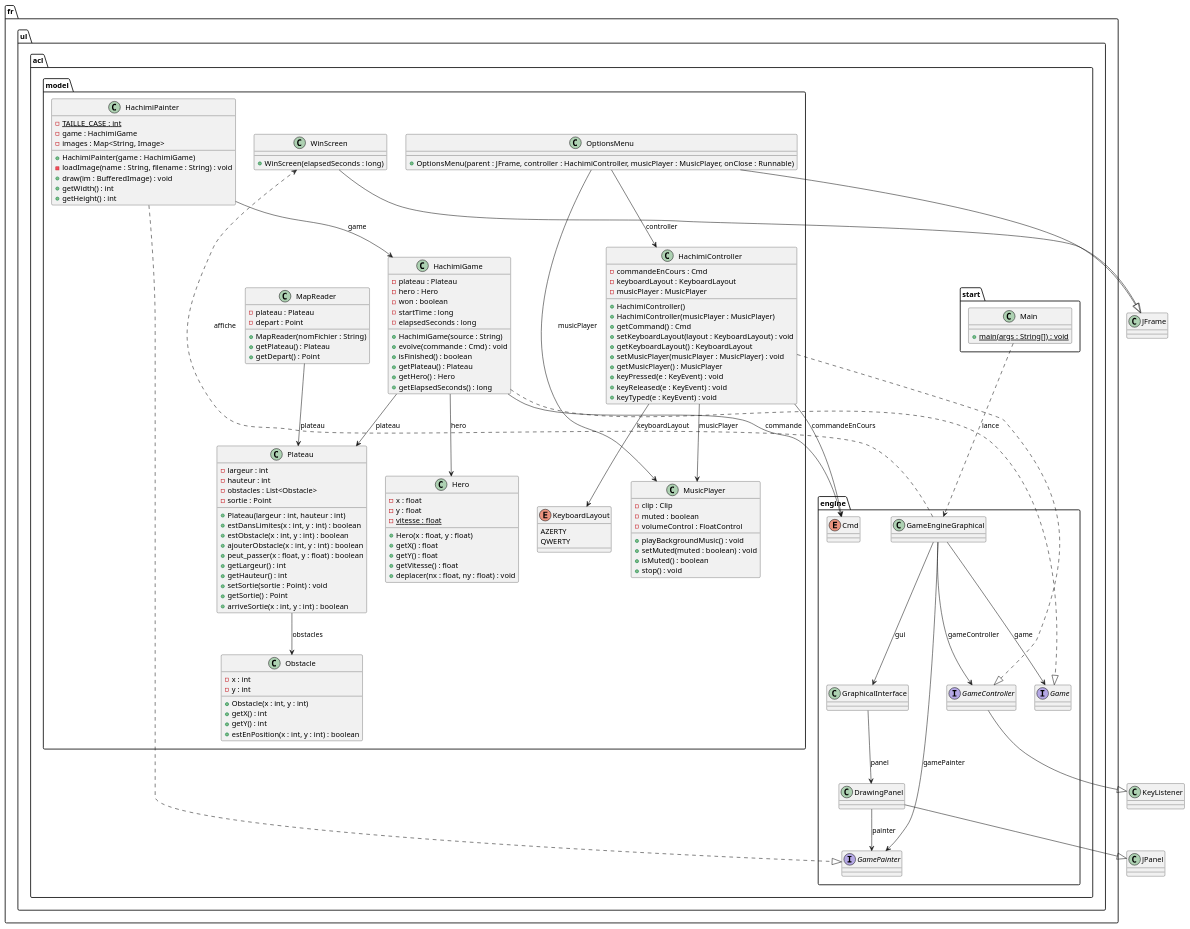
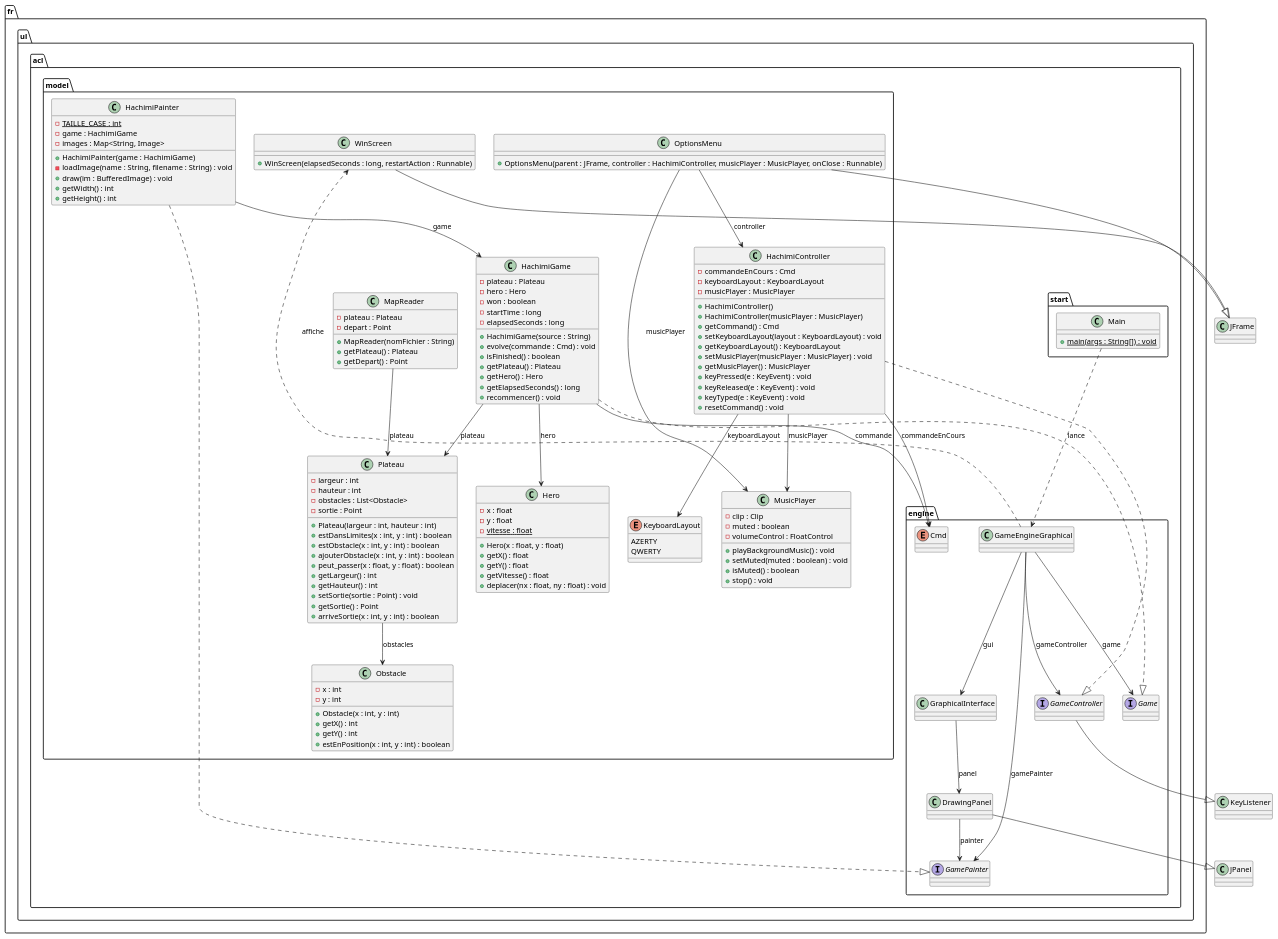
One commit to baraeerriyachy/pacman changed the diagram in backlog/sprint2/v1.puml. Above: the diagram before and after it, drawn with PlantUML. The commit also changed 2 other files, not shown here.

Commit message:
mise a jour uml et review sprint2

```diff
--- a/backlog/sprint2/v1.puml
+++ b/backlog/sprint2/v1.puml
@@ -1,173 +1,175 @@
 @startuml
 package "fr.ul.acl.start" {
     class Main {
         + {static} main(args : String[]) : void
     }
 }
 
 package "fr.ul.acl.engine" {
     class GameEngineGraphical {
     }
 
     class DrawingPanel {
     }
 
     class GraphicalInterface {
     }
 
     interface GamePainter {
     }
 
     interface GameController {
     }
 
     interface Game {
     }
 
     enum Cmd {
     }
 }
 
 package "fr.ul.acl.model" {
     class Hero{
         - x : float
         - y : float
         - {static} vitesse : float
         + Hero(x : float, y : float)
         + getX() : float
         + getY() : float
         + getVitesse() : float
         + deplacer(nx : float, ny : float) : void
     }
 
     class HachimiGame {
         - plateau : Plateau
         - hero : Hero
         - won : boolean
         - startTime : long
         - elapsedSeconds : long
         + HachimiGame(source : String)
         + evolve(commande : Cmd) : void
         + isFinished() : boolean
         + getPlateau() : Plateau
         + getHero() : Hero
         + getElapsedSeconds() : long
+        + recommencer() : void
     }
 
     class HachimiPainter {
         - {static} TAILLE_CASE : int
         - game : HachimiGame
         - images : Map<String, Image>
         + HachimiPainter(game : HachimiGame)
         - loadImage(name : String, filename : String) : void
         + draw(im : BufferedImage) : void
         + getWidth() : int
         + getHeight() : int
     }
 
     class HachimiController {
         - commandeEnCours : Cmd
         - keyboardLayout : KeyboardLayout
         - musicPlayer : MusicPlayer
         + HachimiController()
         + HachimiController(musicPlayer : MusicPlayer)
         + getCommand() : Cmd
         + setKeyboardLayout(layout : KeyboardLayout) : void
         + getKeyboardLayout() : KeyboardLayout
         + setMusicPlayer(musicPlayer : MusicPlayer) : void
         + getMusicPlayer() : MusicPlayer
         + keyPressed(e : KeyEvent) : void
         + keyReleased(e : KeyEvent) : void
         + keyTyped(e : KeyEvent) : void
+        + resetCommand() : void
     }
 
     class Plateau {
         - largeur : int
         - hauteur : int
         - obstacles : List<Obstacle>
         - sortie : Point
         + Plateau(largeur : int, hauteur : int)
         + estDansLimites(x : int, y : int) : boolean
         + estObstacle(x : int, y : int) : boolean
         + ajouterObstacle(x : int, y : int) : boolean
         + peut_passer(x : float, y : float) : boolean
         + getLargeur() : int
         + getHauteur() : int
         + setSortie(sortie : Point) : void
         + getSortie() : Point
         + arriveSortie(x : int, y : int) : boolean
     }
 
     class Obstacle {
         - x : int
         - y : int
         + Obstacle(x : int, y : int)
         + getX() : int
         + getY() : int
         + estEnPosition(x : int, y : int) : boolean
     }
 
     class MapReader {
         - plateau : Plateau
         - depart : Point
         + MapReader(nomFichier : String)
         + getPlateau() : Plateau
         + getDepart() : Point
     }
 
     class MusicPlayer {
         - clip : Clip
         - muted : boolean
         - volumeControl : FloatControl
         + playBackgroundMusic() : void
         + setMuted(muted : boolean) : void
         + isMuted() : boolean
         + stop() : void
     }
 
     enum KeyboardLayout {
         AZERTY
         QWERTY
     }
 
     class OptionsMenu {
         + OptionsMenu(parent : JFrame, controller : HachimiController, musicPlayer : MusicPlayer, onClose : Runnable)
     }
 
     class WinScreen {
-        + WinScreen(elapsedSeconds : long)
+        + WinScreen(elapsedSeconds : long, restartAction : Runnable)
     }
 }
 
 ' Inheritance and implementation
 HachimiPainter ..|> GamePainter
 HachimiGame ..|> Game
 HachimiController ..|> GameController
 DrawingPanel --|> JPanel
 OptionsMenu --|> JFrame
 WinScreen --|> JFrame
 GameController --|> KeyListener
 
 ' Engine relationships
 GameEngineGraphical --> Game : game
 GameEngineGraphical --> GamePainter : gamePainter
 GameEngineGraphical --> GameController : gameController
 GameEngineGraphical --> GraphicalInterface : gui
 DrawingPanel --> GamePainter : painter
 GraphicalInterface --> DrawingPanel : panel
 GameEngineGraphical ..> WinScreen : affiche
 
 ' Model relationships
 HachimiPainter --> HachimiGame : game
 HachimiGame --> Plateau : plateau
 HachimiGame --> Hero : hero
 HachimiGame --> Cmd : commande
 HachimiController --> Cmd : commandeEnCours
 HachimiController --> KeyboardLayout : keyboardLayout
 HachimiController --> MusicPlayer : musicPlayer
 MapReader --> Plateau : plateau
 Plateau --> Obstacle : obstacles
 OptionsMenu --> HachimiController : controller
 OptionsMenu --> MusicPlayer : musicPlayer
 Main ..> GameEngineGraphical : lance
 @enduml
```
